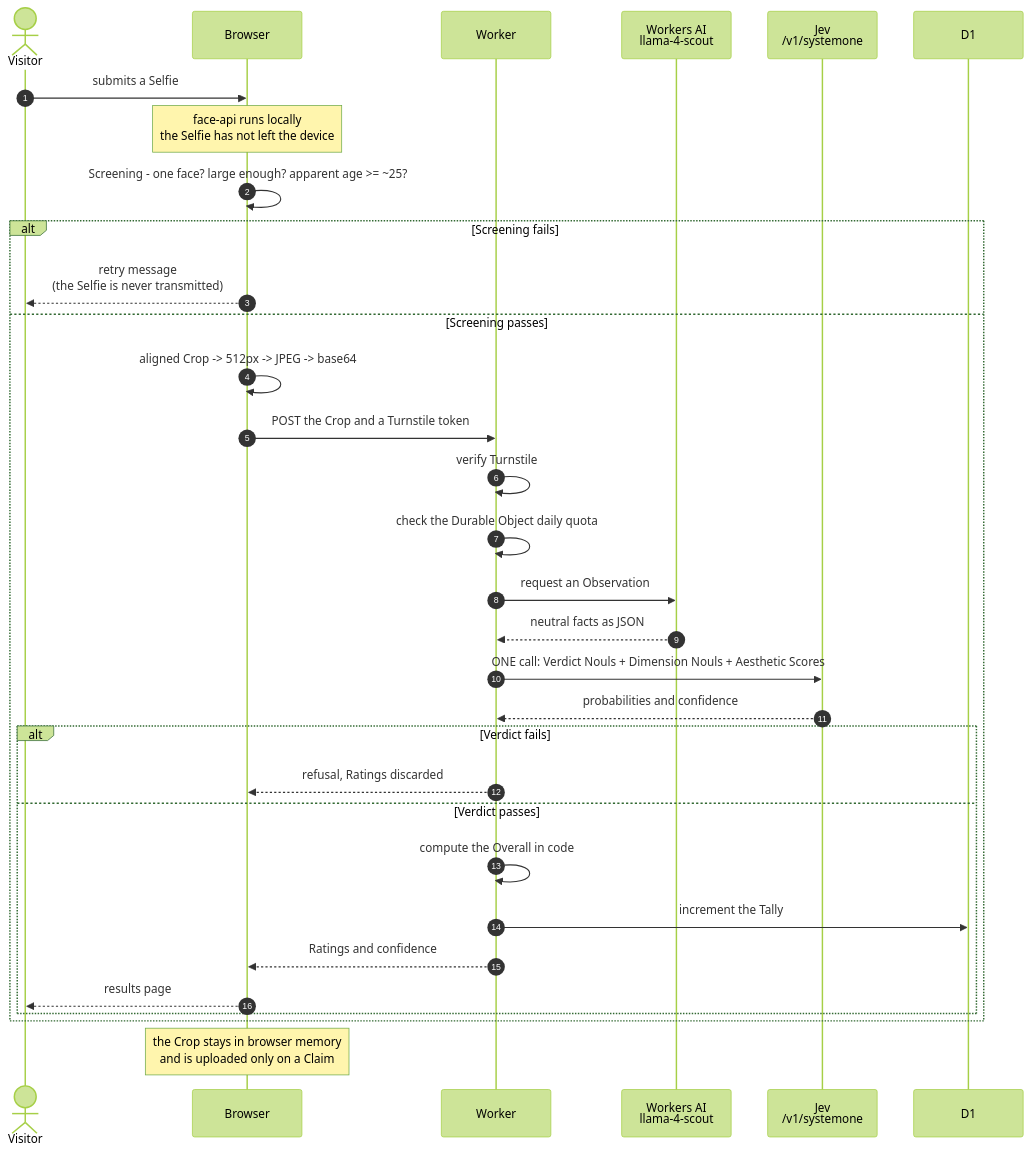
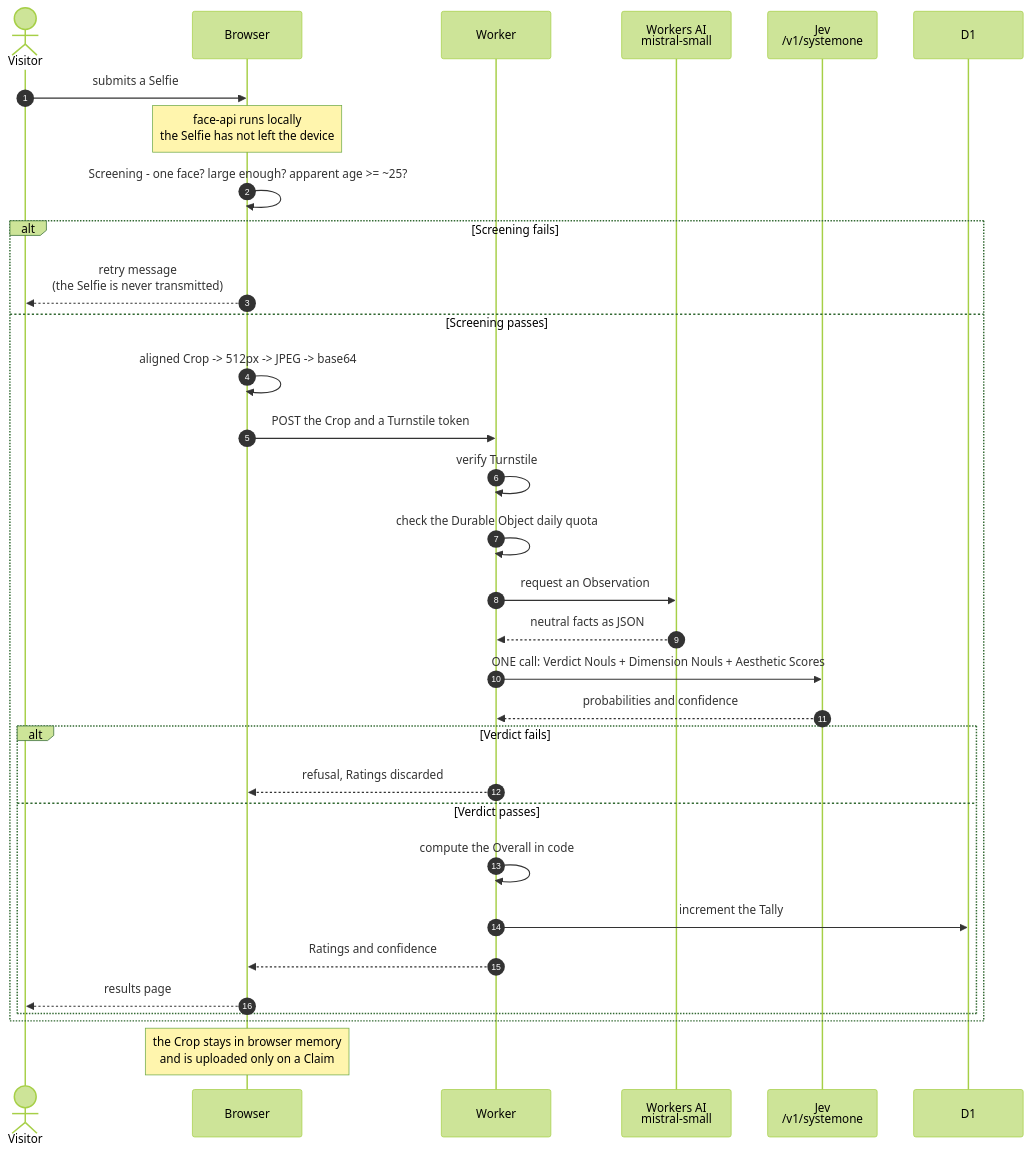
The first of 2 diagrams in SPEC.md (blackmouse572/theface), drawn with Mermaid (forest theme) before and after one commit. The commit also changed other lines of this file and 11 other files, not shown here.

````diff
--- a/SPEC.md
+++ b/SPEC.md
@@ -126,40 +136,40 @@
 ```mermaid
 sequenceDiagram
     autonumber
     actor V as Visitor
     participant B as Browser
     participant W as Worker
-    participant AI as Workers AI<br/>llama-4-scout
+    participant AI as Workers AI<br/>mistral-small
     participant J as Jev<br/>/v1/systemone
     participant D as D1
 
     V->>B: submits a Selfie
     Note over B: face-api runs locally<br/>the Selfie has not left the device
 
     B->>B: Screening - one face? large enough? apparent age >= ~25?
     alt Screening fails
         B-->>V: retry message<br/>(the Selfie is never transmitted)
     else Screening passes
         B->>B: aligned Crop -> 512px -> JPEG -> base64
         B->>W: POST the Crop and a Turnstile token
 
         W->>W: verify Turnstile
         W->>W: check the Durable Object daily quota
         W->>AI: request an Observation
         AI-->>W: neutral facts as JSON
 
         W->>J: ONE call: Verdict Nouls + Dimension Nouls + Aesthetic Scores
         J-->>W: probabilities and confidence
 
         alt Verdict fails
             W-->>B: refusal, Ratings discarded
         else Verdict passes
             W->>W: compute the Overall in code
             W->>D: increment the Tally
             W-->>B: Ratings and confidence
             B-->>V: results page
         end
     end
 
     Note over B: the Crop stays in browser memory<br/>and is uploaded only on a Claim
 ```
````
